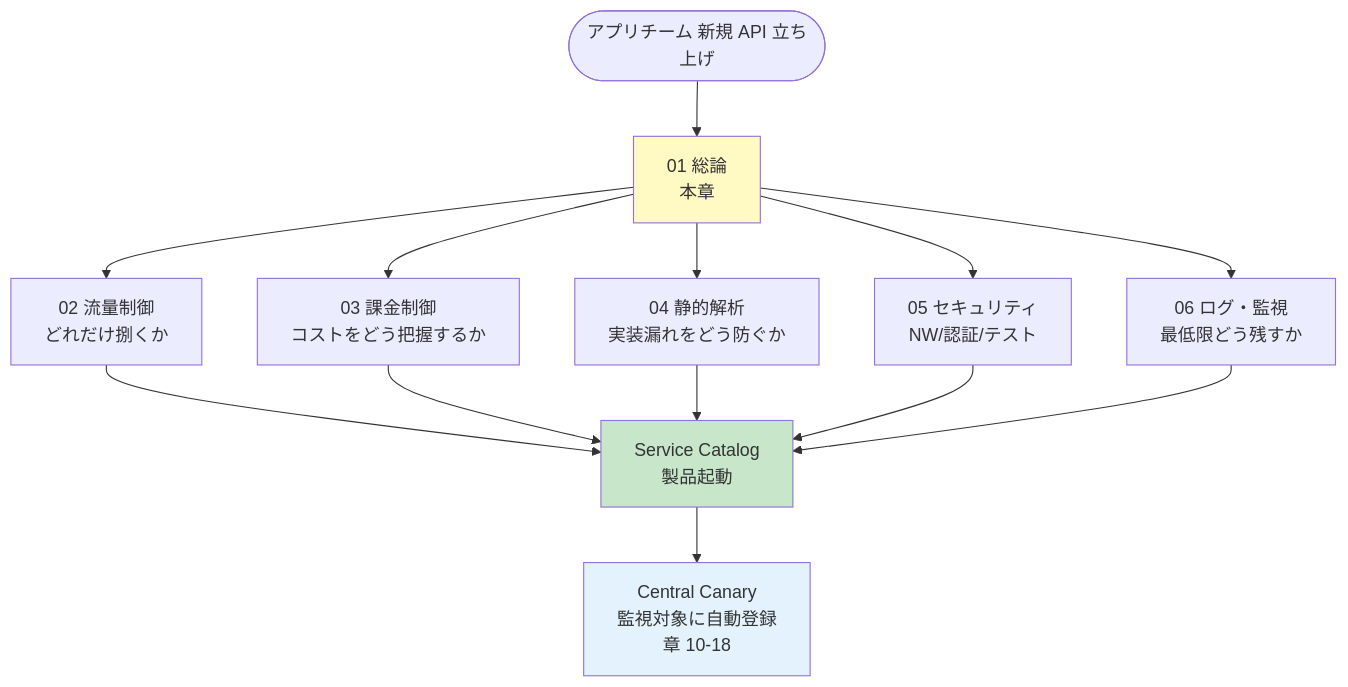
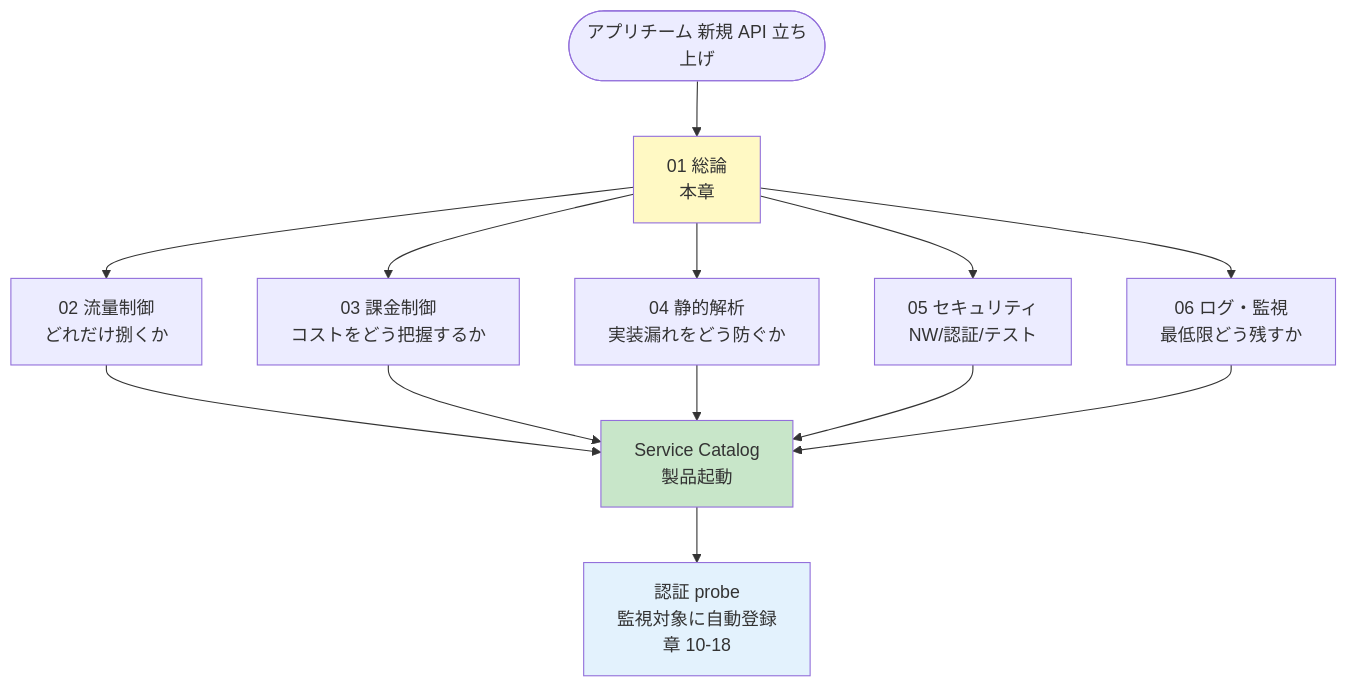
One commit to suepie/aws-atuh-poc changed the third of 3 diagrams in doc/api-platform/basic-design/01-cloud-guidelines-overview.md. Above: the diagram before and after it, drawn with Mermaid. The commit also changed other lines of this file and 14 other files, not shown here.

````diff
--- a/doc/api-platform/basic-design/01-cloud-guidelines-overview.md
+++ b/doc/api-platform/basic-design/01-cloud-guidelines-overview.md
@@ -211,24 +211,24 @@
 ```mermaid
 flowchart TD
     Start([アプリチーム 新規 API 立ち上げ])
     Overview[01 総論<br/>本章]
     Start --> Overview
 
     Overview --> RL[02 流量制御<br/>どれだけ捌くか]
     Overview --> BL[03 課金制御<br/>コストをどう把握するか]
     Overview --> SA[04 静的解析<br/>実装漏れをどう防ぐか]
     Overview --> SEC[05 セキュリティ<br/>NW/認証/テスト]
     Overview --> OBS[06 ログ・監視<br/>最低限どう残すか]
 
     RL --> Deploy[Service Catalog<br/>製品起動]
     BL --> Deploy
     SA --> Deploy
     SEC --> Deploy
     OBS --> Deploy
 
-    Deploy --> Monitor[Central Canary<br/>監視対象に自動登録<br/>章 10-18]
+    Deploy --> Monitor[認証 probe<br/>監視対象に自動登録<br/>章 10-18]
 
     style Overview fill:#fff9c4
     style Deploy fill:#c8e6c9
     style Monitor fill:#e3f2fd
 ```
````
